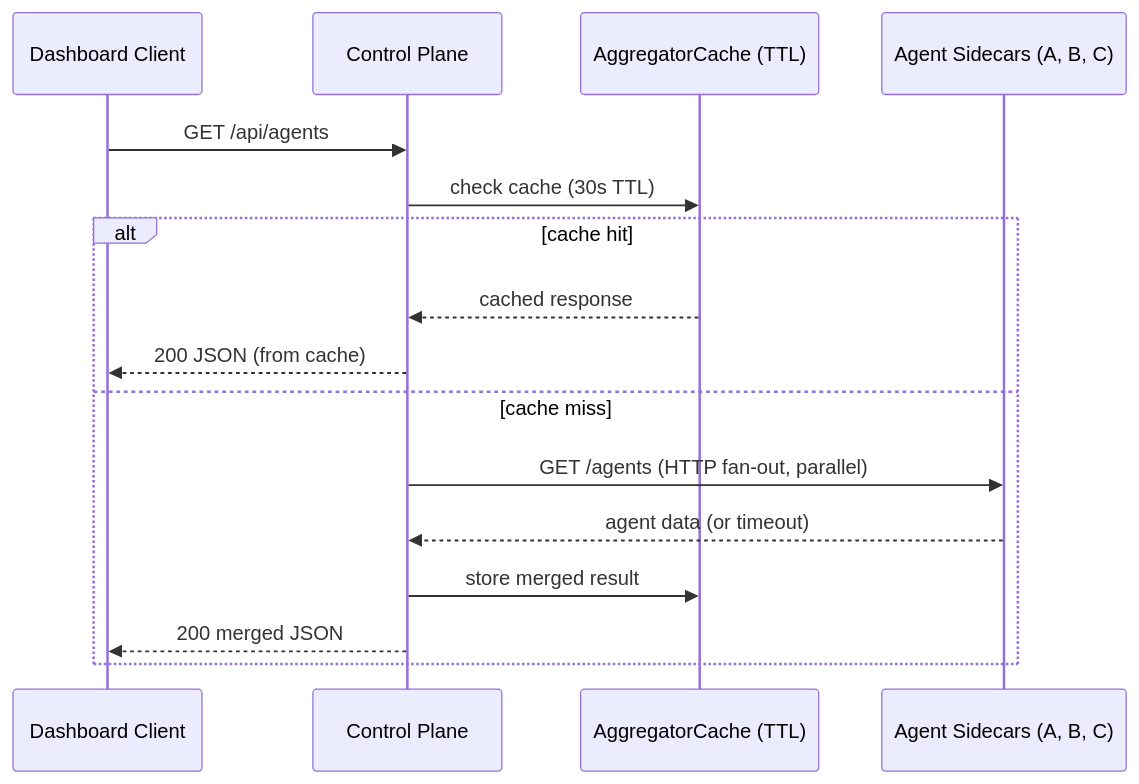
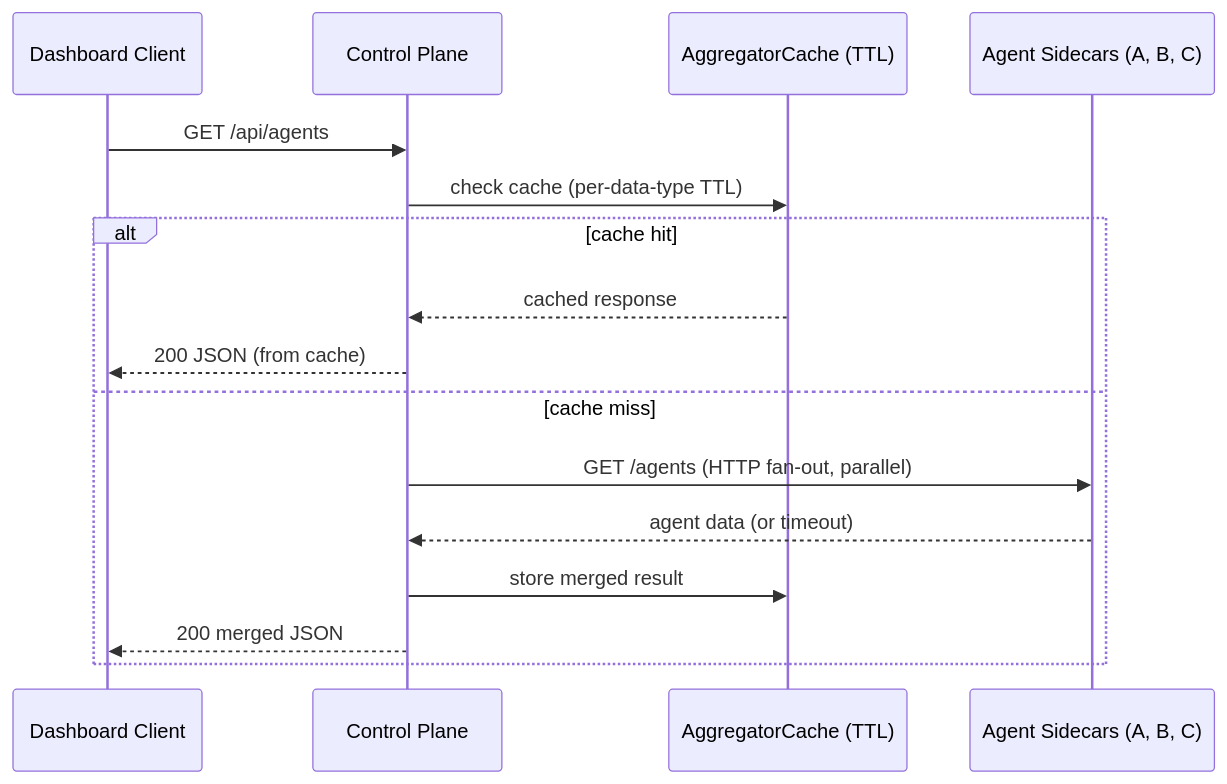
One commit to wpank/ironclaw changed the third of 6 diagrams in tmp/ecosystem/control-plane.md. Above: the diagram before and after it, drawn with Mermaid. The commit also changed other lines of this file and 121 other files, not shown here.

````diff
--- a/tmp/ecosystem/control-plane.md
+++ b/tmp/ecosystem/control-plane.md
@@ -302,19 +295,19 @@
 ```mermaid
 sequenceDiagram
     participant C as Dashboard Client
     participant CP as Control Plane
     participant Cache as AggregatorCache (TTL)
     participant Sidecars as Agent Sidecars (A, B, C)
 
     C->>CP: GET /api/agents
-    CP->>Cache: check cache (30s TTL)
+    CP->>Cache: check cache (per-data-type TTL)
     alt cache hit
         Cache-->>CP: cached response
         CP-->>C: 200 JSON (from cache)
     else cache miss
         CP->>Sidecars: GET /agents (HTTP fan-out, parallel)
         Sidecars-->>CP: agent data (or timeout)
         CP->>Cache: store merged result
         CP-->>C: 200 merged JSON
     end
 ```
````
